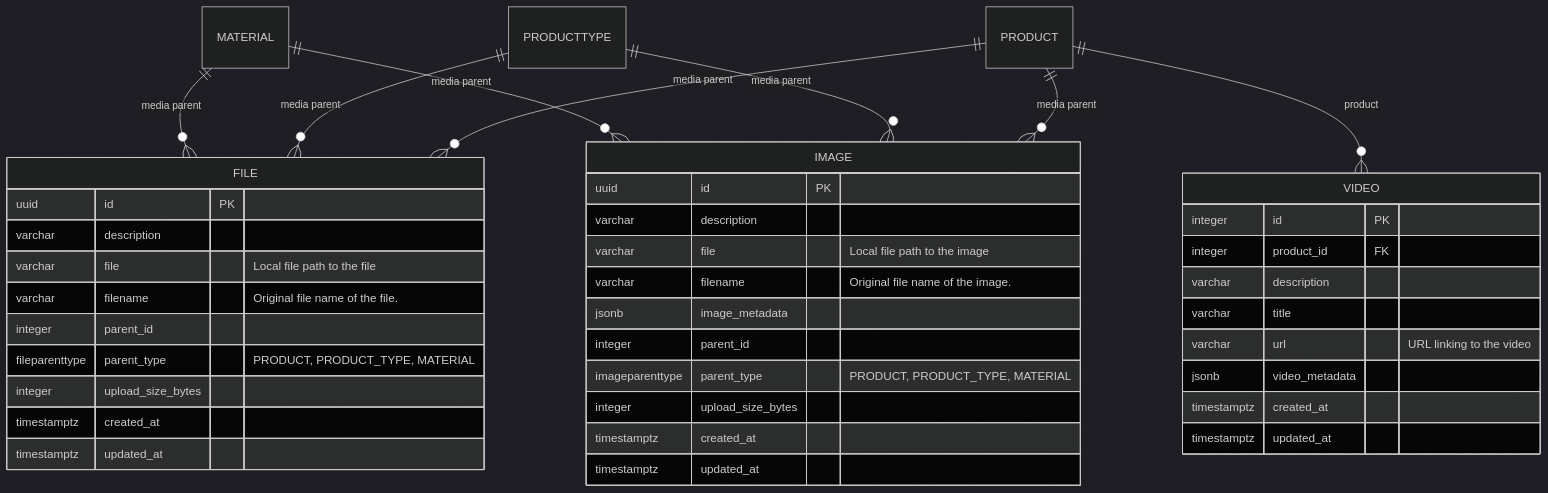
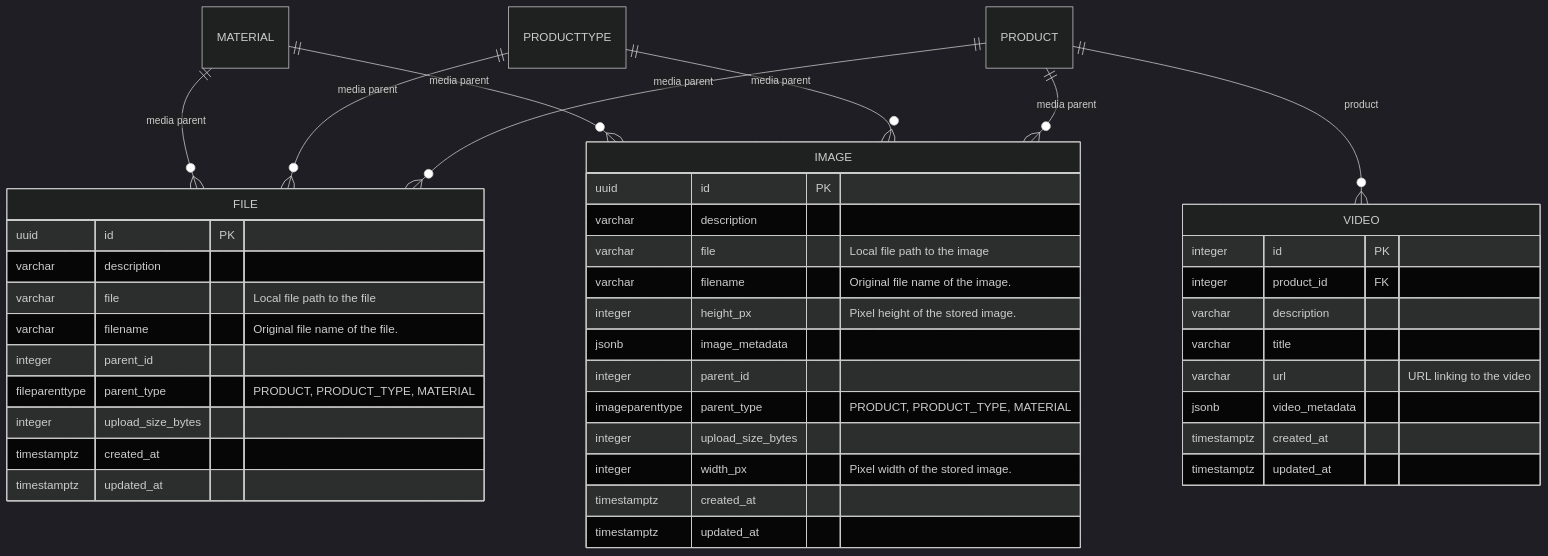
The diagram in docs/src/components/datamodel/file-storage.generated.mdx (CMLPlatform/relab), drawn with Mermaid (dark theme) before and after one commit. The commit also changed 14 other files, not shown here.

First line of the commit message:
feat(backend): publish image derivatives and their pixel dimensions

````diff
--- a/docs/src/components/datamodel/file-storage.generated.mdx
+++ b/docs/src/components/datamodel/file-storage.generated.mdx
@@ -3,49 +3,51 @@
 ```mermaid
 erDiagram
     accTitle: File storage entities
     accDescr: The file storage tables are FILE, IMAGE, VIDEO. Each VIDEO row names exactly one PRODUCT as its product. Each FILE row is attached to exactly one of PRODUCT, PRODUCTTYPE, MATERIAL. Each IMAGE row is attached to exactly one of PRODUCT, PRODUCTTYPE, MATERIAL.
 
     FILE {
         uuid id PK
         varchar description
         varchar file "Local file path to the file"
         varchar filename "Original file name of the file."
         integer parent_id
         fileparenttype parent_type "PRODUCT, PRODUCT_TYPE, MATERIAL"
         integer upload_size_bytes
         timestamptz created_at
         timestamptz updated_at
     }
 
     IMAGE {
         uuid id PK
         varchar description
         varchar file "Local file path to the image"
         varchar filename "Original file name of the image."
+        integer height_px "Pixel height of the stored image."
         jsonb image_metadata
         integer parent_id
         imageparenttype parent_type "PRODUCT, PRODUCT_TYPE, MATERIAL"
         integer upload_size_bytes
+        integer width_px "Pixel width of the stored image."
         timestamptz created_at
         timestamptz updated_at
     }
 
     VIDEO {
         integer id PK
         integer product_id FK
         varchar description
         varchar title
         varchar url "URL linking to the video"
         jsonb video_metadata
         timestamptz created_at
         timestamptz updated_at
     }
 
     PRODUCT ||--o{ FILE : "media parent"
     PRODUCTTYPE ||--o{ FILE : "media parent"
     MATERIAL ||--o{ FILE : "media parent"
     PRODUCT ||--o{ IMAGE : "media parent"
     PRODUCTTYPE ||--o{ IMAGE : "media parent"
     MATERIAL ||--o{ IMAGE : "media parent"
     PRODUCT ||--o{ VIDEO : "product"
 ```
````
